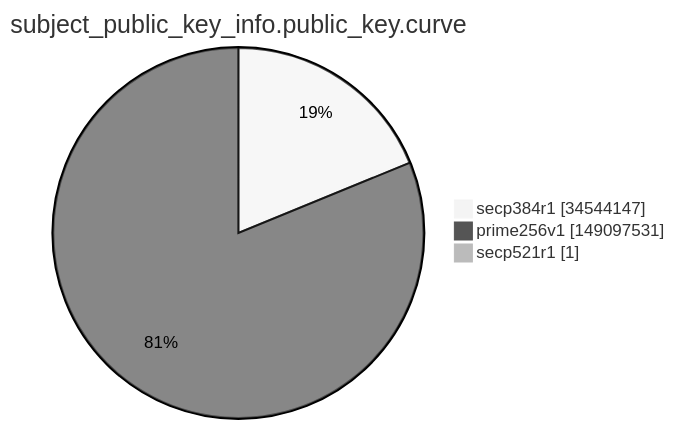
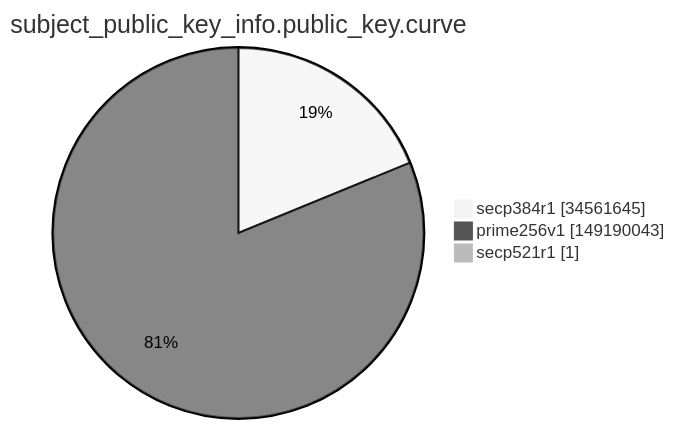
One commit to christiankrug/ctmonitor_visualization changed the ninth of 15 diagrams in argon2022/README.md. Above: the diagram before and after it, drawn with Mermaid (neutral theme). The commit also changed other lines of this file, not shown here.

````diff
--- a/argon2022/README.md
+++ b/argon2022/README.md
@@ -2764,7 +2764,7 @@
 ```mermaid
 pie showData
 title subject_public_key_info.public_key.curve
-"secp384r1" :34544147
-"prime256v1" :149097531
+"secp384r1" :34561645
+"prime256v1" :149190043
 "secp521r1" :1
 ```
````
